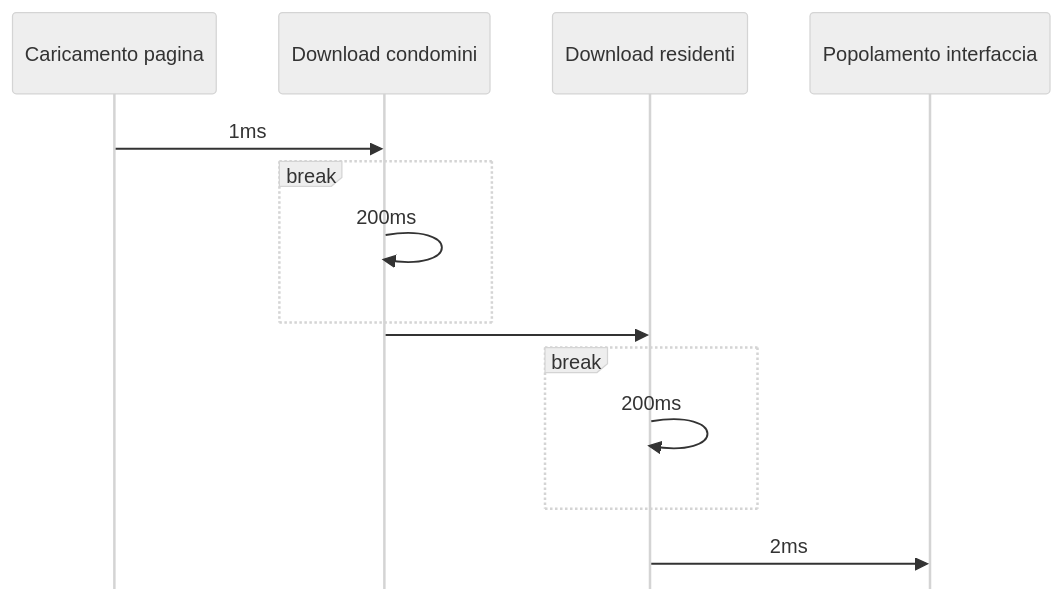
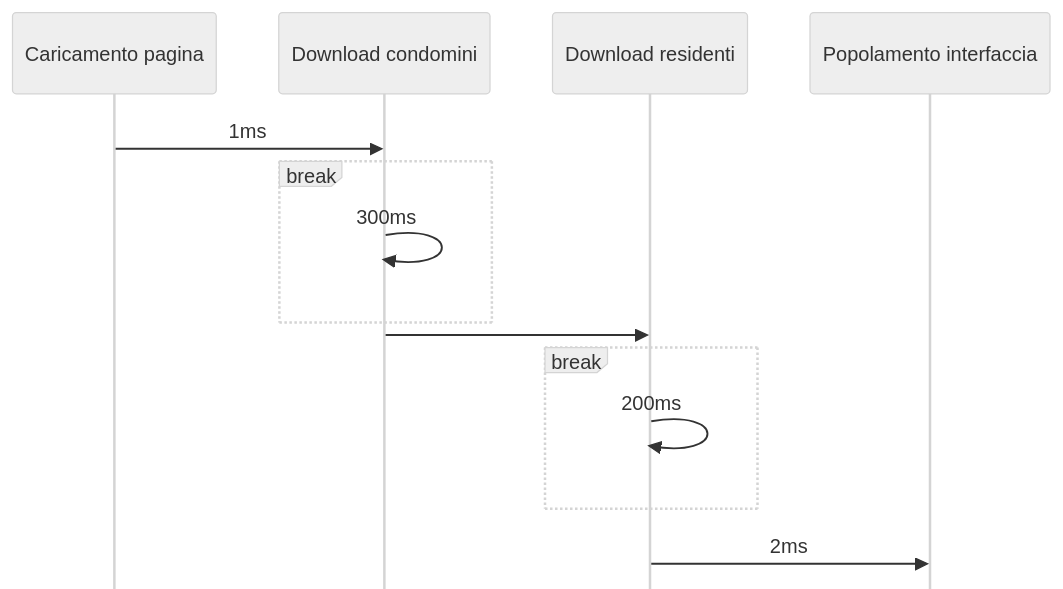
Before and after one commit to iacobucci/sviluppo_web_in_javascript: the fourth of 6 diagrams in slides/3.md, drawn with Mermaid. The commit also changed other lines of this file and 4 other files, not shown here.

```diff
--- a/slides/3.md
+++ b/slides/3.md
@@ -402,13 +402,13 @@
 <div class="mermaid">
 %%{init: {'theme': 'neutral', 'mirrorActors': false} }%%
 sequenceDiagram
 	Caricamento pagina ->> Download condomini: 1ms
     break
-        Download condomini ->> Download condomini: 200ms
+        Download condomini ->> Download condomini: 300ms
     end
     Download condomini ->> Download residenti: 
     break
         Download residenti ->> Download residenti: 200ms
     end
     Download residenti ->> Popolamento interfaccia: 2ms
 </div>
```
